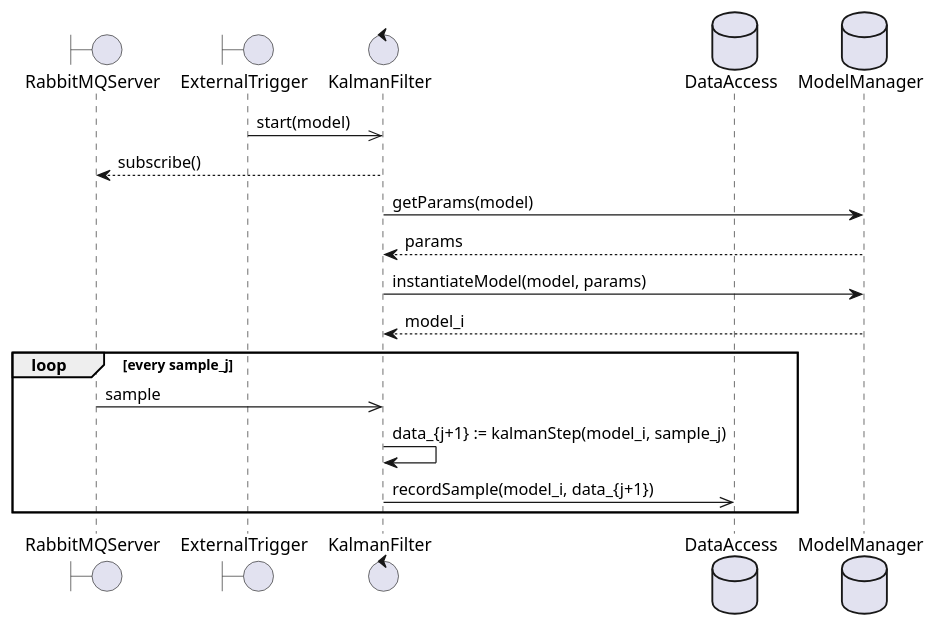
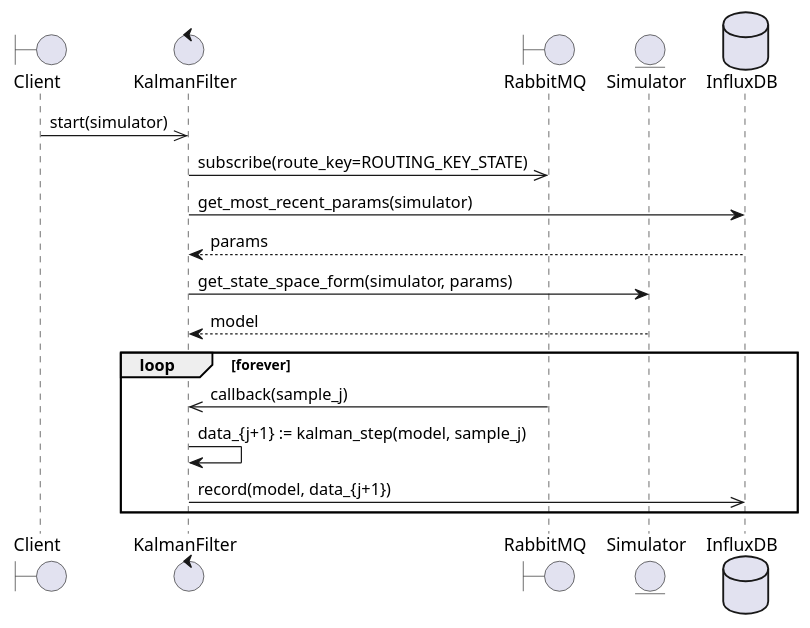
The diagram in software/docs/diagrams/kalman_filter_sequence.puml (INTO-CPS-Association/example_digital-twin_incubator), drawn with PlantUML before and after one commit. The commit also changed 3 other files, not shown here.

Commit message:
refine seuqence diagrams

```diff
--- a/software/docs/diagrams/kalman_filter_sequence.puml
+++ b/software/docs/diagrams/kalman_filter_sequence.puml
@@ -1,18 +1,18 @@
 @startuml KalmanFilter
-boundary RabbitMQServer as comm
-boundary ExternalTrigger as trig
+boundary Client as client
 control KalmanFilter as kf
-database DataAccess as db
-database ModelManager as mod
-trig ->> kf: start(model)
-kf --> comm: subscribe()
-kf -> mod: getParams(model)
+boundary RabbitMQ as mq
+entity Simulator as mod
+database InfluxDB as db
+client ->> kf: start(simulator)
+kf ->> mq: subscribe(route_key=ROUTING_KEY_STATE)
+kf -> db: get_most_recent_params(simulator)
 return params
-kf -> mod: instantiateModel(model, params)
-return model_i
-loop every sample_j
-  comm ->> kf: sample
-  kf -> kf: data_{j+1} := kalmanStep(model_i, sample_j)
-  kf ->> db: recordSample(model_i, data_{j+1})
+kf -> mod: get_state_space_form(simulator, params)
+return model
+loop forever
+  mq ->> kf: callback(sample_j)
+  kf -> kf: data_{j+1} := kalman_step(model, sample_j)
+  kf ->> db: record(model, data_{j+1})
 end
 @enduml
```
